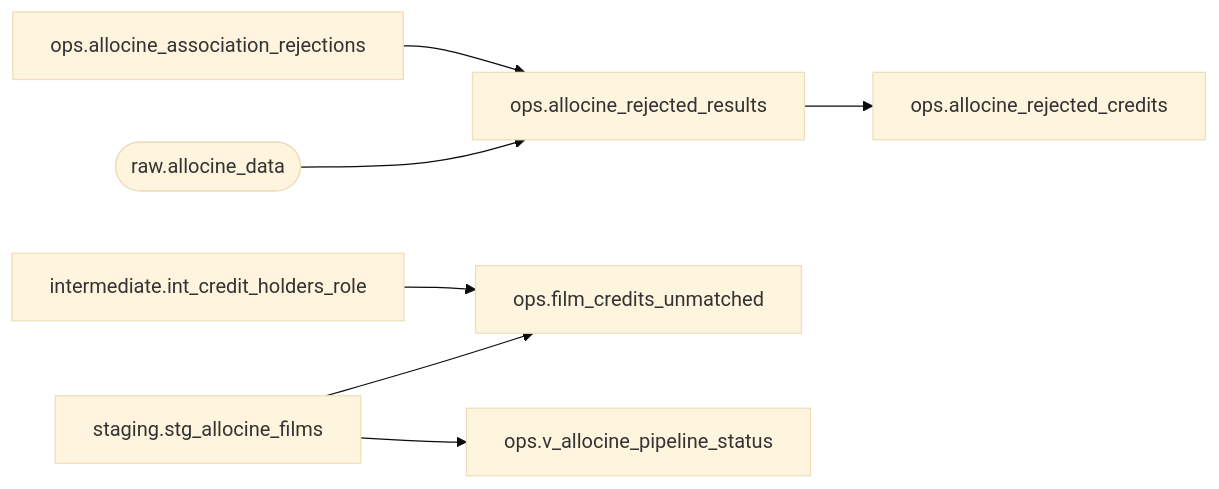
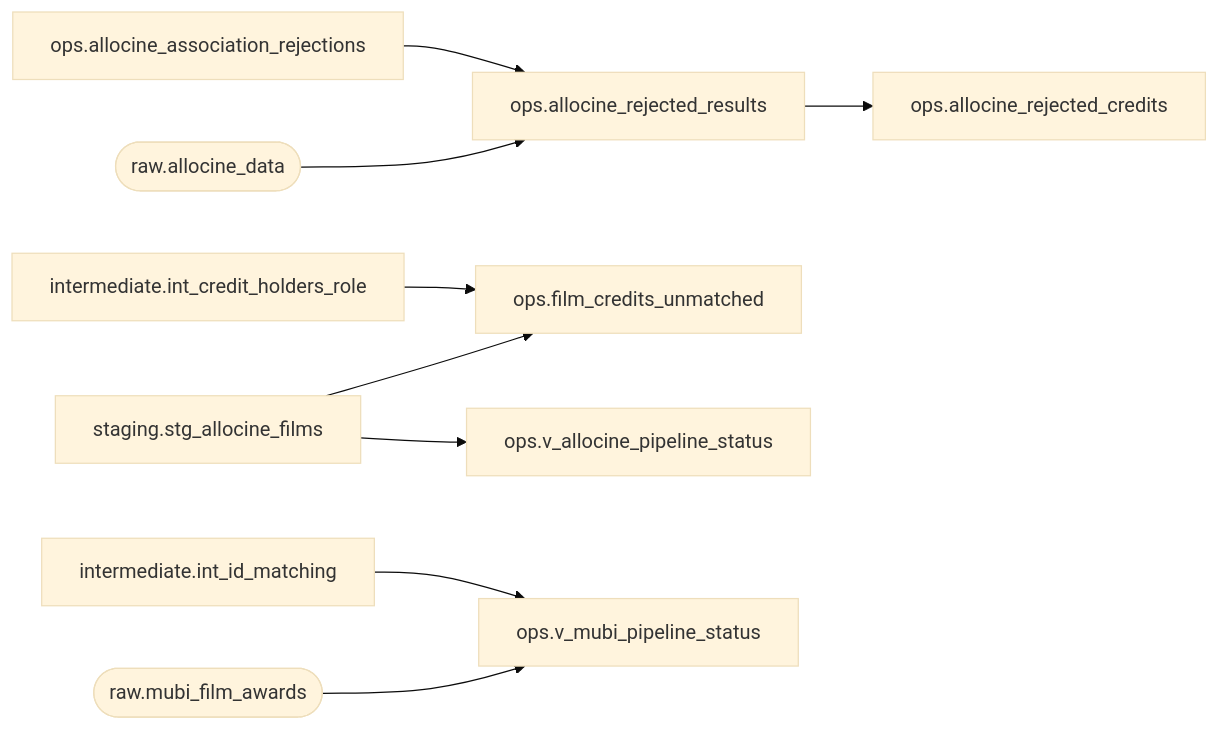
The fourth of 5 diagrams in docs/dbt-lineage.md (Le-Collectif-50-50/cinestats-5050), drawn with Mermaid (base theme) before and after one commit. The commit also changed other lines of this file, not shown here.

````diff
--- a/docs/dbt-lineage.md
+++ b/docs/dbt-lineage.md
@@ -269,17 +272,22 @@
 ```mermaid
 flowchart LR
   n0["ops.allocine_rejected_credits"]
   n1["ops.allocine_rejected_results"]
   n2["ops.film_credits_unmatched"]
   n12["intermediate.int_credit_holders_role"]
+  n23["intermediate.int_id_matching"]
   n26["staging.stg_allocine_films"]
   n40["ops.v_allocine_pipeline_status"]
-  n41["ops.allocine_association_rejections"]
-  n43(["raw.allocine_data"])
+  n41["ops.v_mubi_pipeline_status"]
+  n42["ops.allocine_association_rejections"]
+  n44(["raw.allocine_data"])
+  n58(["raw.mubi_film_awards"])
   n1 --> n0
   n12 --> n2
+  n23 --> n41
   n26 --> n2
   n26 --> n40
-  n41 --> n1
-  n43 --> n1
+  n42 --> n1
+  n44 --> n1
+  n58 --> n41
 ```
````
